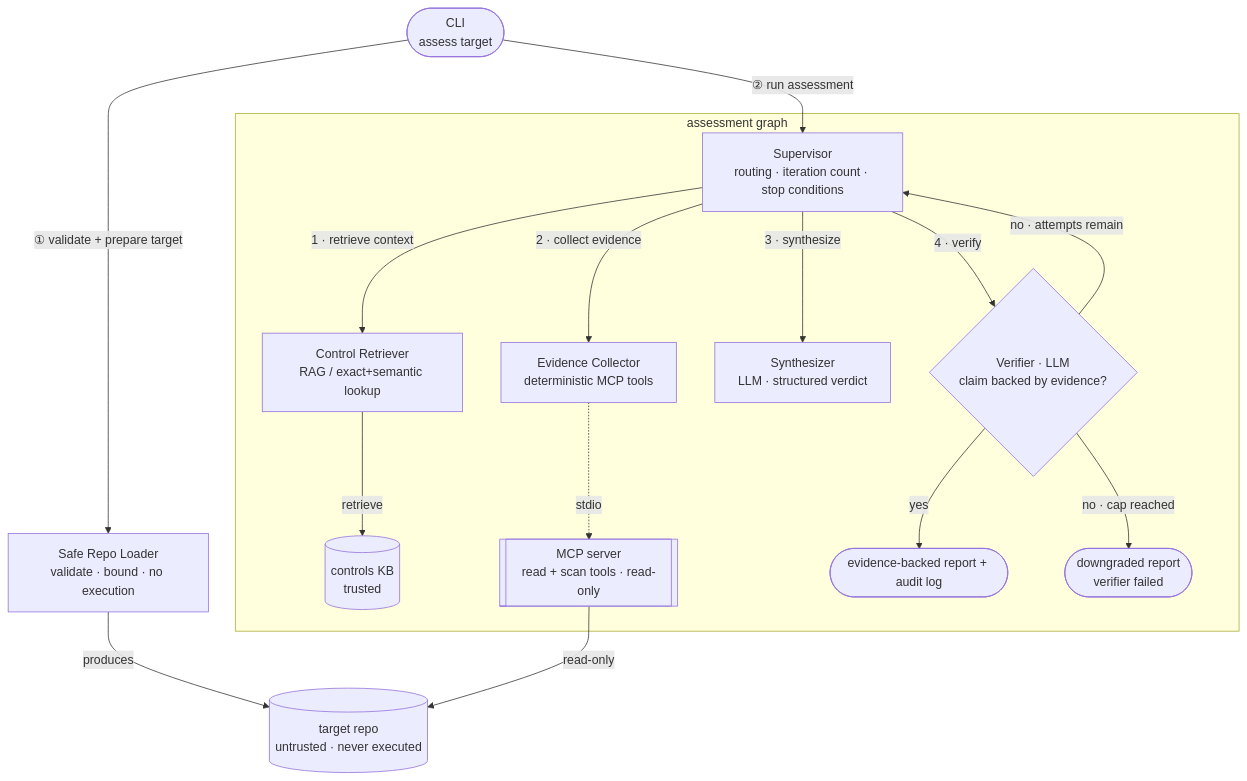
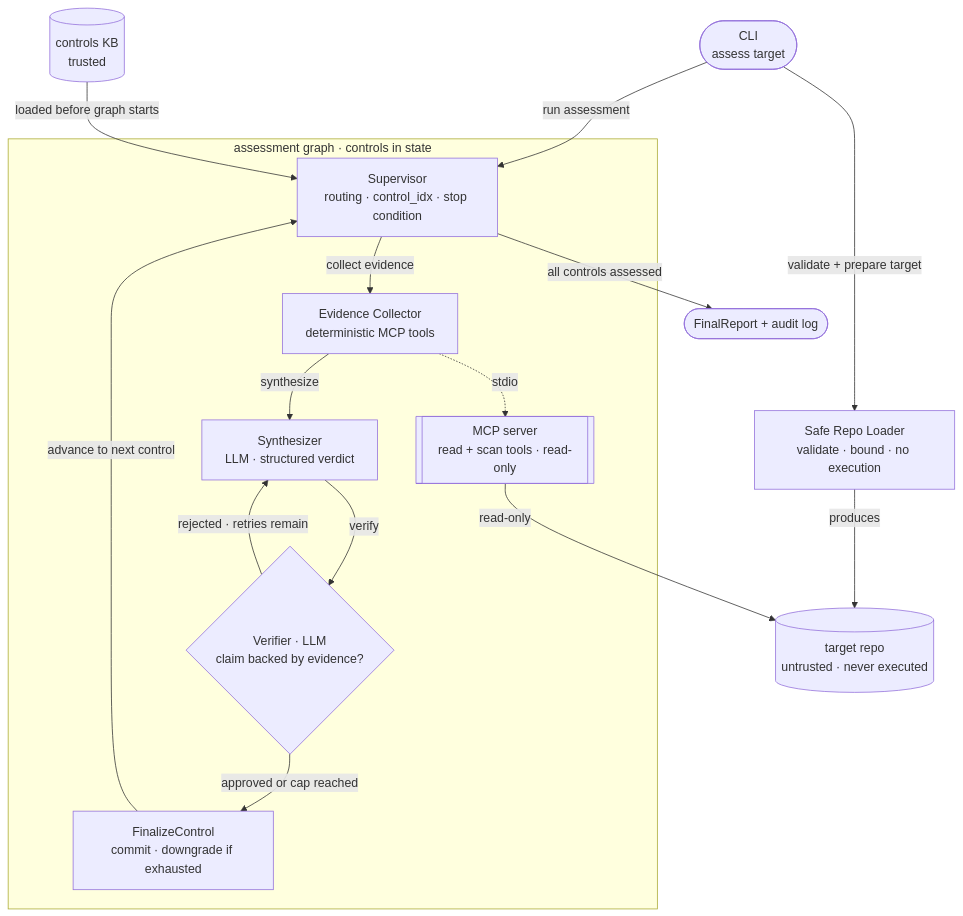
One commit to perspectivism/agentic-compliance-checker changed the first of 2 diagrams in docs/ARCHITECTURE.md. Above: the diagram before and after it, drawn with Mermaid. The commit also changed other lines of this file and 17 other files, not shown here.

First line of the commit message:
M5: LangGraph supervisor and verifier loop

````diff
--- a/docs/ARCHITECTURE.md
+++ b/docs/ARCHITECTURE.md
@@ -17,28 +17,28 @@
 ```mermaid
 flowchart TD
     CLI([CLI<br/>assess target])
 
-    CLI -->|"① validate + prepare target"| LOADER[Safe Repo Loader<br/>validate · bound · no execution]
+    CLI -->|validate + prepare target| LOADER[Safe Repo Loader<br/>validate · bound · no execution]
     LOADER -->|produces| REPO[(target repo<br/>untrusted · never executed)]
 
-    CLI -->|"② run assessment"| SUPERVISOR
+    CLI -->|run assessment| SUPERVISOR
 
-    subgraph GRAPH [assessment graph]
-        SUPERVISOR[Supervisor<br/>routing · iteration count · stop conditions]
+    subgraph GRAPH [assessment graph · controls in state]
+        SUPERVISOR[Supervisor<br/>routing · control_idx · stop condition]
 
-        SUPERVISOR -->|1 · retrieve context| RETRIEVER[Control Retriever<br/>RAG / exact+semantic lookup]
-        RETRIEVER -->|retrieve| KB[(controls KB<br/>trusted)]
-
-        SUPERVISOR -->|2 · collect evidence| COLLECTOR[Evidence Collector<br/>deterministic MCP tools]
+        SUPERVISOR -->|collect evidence| COLLECTOR[Evidence Collector<br/>deterministic MCP tools]
         COLLECTOR -. stdio .-> MCP[[MCP server<br/>read + scan tools · read-only]]
 
-        SUPERVISOR -->|3 · synthesize| SYNTH[Synthesizer<br/>LLM · structured verdict]
-        SUPERVISOR -->|4 · verify| VERIFIER{Verifier · LLM<br/>claim backed by evidence?}
+        COLLECTOR -->|synthesize| SYNTH[Synthesizer<br/>LLM · structured verdict]
+        SYNTH -->|verify| VERIFIER{Verifier · LLM<br/>claim backed by evidence?}
 
-        VERIFIER -->|yes| PASS([evidence-backed report + audit log])
-        VERIFIER -->|no · attempts remain| SUPERVISOR
-        VERIFIER -->|no · cap reached| FAIL([downgraded report<br/>verifier failed])
+        VERIFIER -->|approved or cap reached| FINALIZE[FinalizeControl<br/>commit · downgrade if exhausted]
+        FINALIZE -->|"advance to next control"| SUPERVISOR
+        VERIFIER -->|"rejected · retries remain"| SYNTH
     end
 
+    SUPERVISOR -->|all controls assessed| FINAL([FinalReport + audit log])
+
+    KB[(controls KB<br/>trusted)] -->|"loaded before graph starts"| SUPERVISOR
     MCP -->|read-only| REPO
 ```
````
